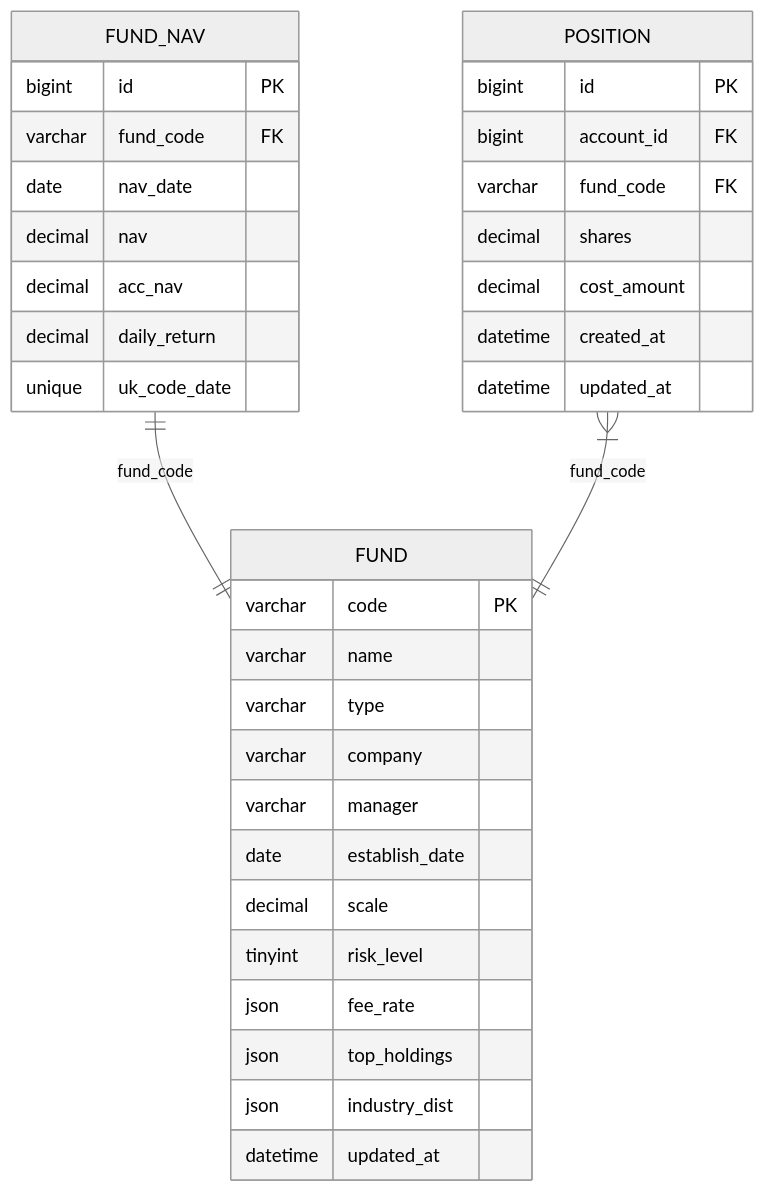
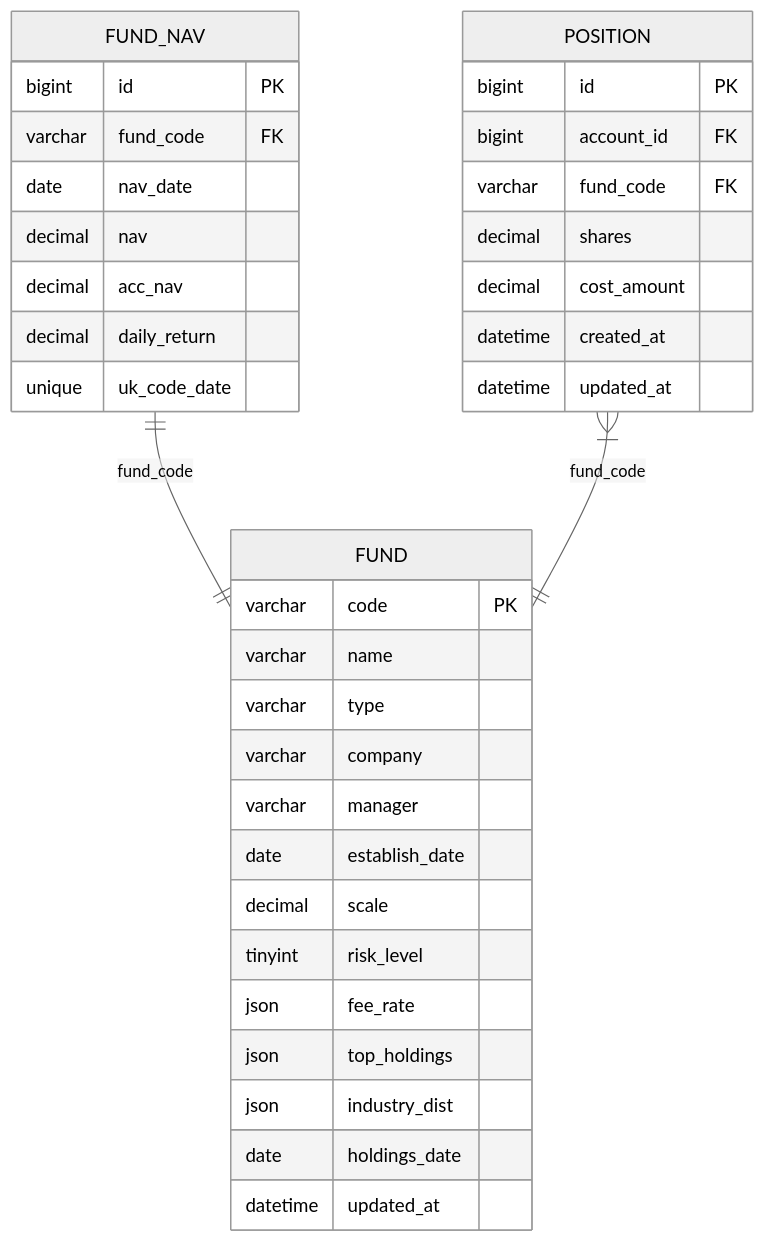
Before and after one commit to gree-coder/fund-butler: diagram 14 of 14 in .qoder/repowiki/zh/content/Fund Detail Enhancement.md, drawn with Mermaid (neutral theme). The commit also changed other lines of this file and 5 other files, not shown here.

````diff
--- a/.qoder/repowiki/zh/content/Fund Detail Enhancement.md
+++ b/.qoder/repowiki/zh/content/Fund Detail Enhancement.md
@@ -545,37 +597,38 @@
 ```mermaid
 erDiagram
 FUND {
 varchar code PK
 varchar name
 varchar type
 varchar company
 varchar manager
 date establish_date
 decimal scale
 tinyint risk_level
 json fee_rate
 json top_holdings
 json industry_dist
+date holdings_date
 datetime updated_at
 }
 FUND_NAV {
 bigint id PK
 varchar fund_code FK
 date nav_date
 decimal nav
 decimal acc_nav
 decimal daily_return
 unique uk_code_date
 }
 POSITION {
 bigint id PK
 bigint account_id FK
 varchar fund_code FK
 decimal shares
 decimal cost_amount
 datetime created_at
 datetime updated_at
 }
 FUND_NAV ||--|| FUND : "fund_code"
 POSITION }|--|| FUND : "fund_code"
 ```
````
